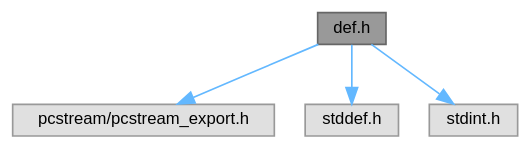
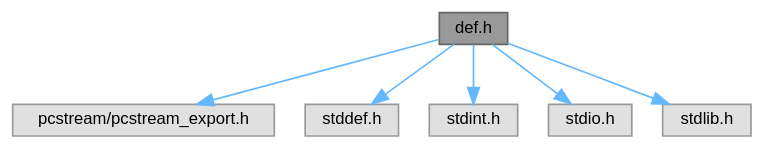
One commit to QuangNguyenLong/pcstream changed the diagram in def_8h__incl.dot. Above: the diagram before and after it, drawn with Graphviz. The commit also changed 40 other files, not shown here.

```diff
--- a/def_8h__incl.dot
+++ b/def_8h__incl.dot
@@ -1,14 +1,18 @@
 digraph "def.h"
 {
  // LATEX_PDF_SIZE
   bgcolor="transparent";
   edge [fontname=Helvetica,fontsize=10,labelfontname=Helvetica,labelfontsize=10];
   node [fontname=Helvetica,fontsize=10,shape=box,height=0.2,width=0.4];
   Node1 [id="Node000001",label="def.h",height=0.2,width=0.4,color="gray40", fillcolor="grey60", style="filled", fontcolor="black",tooltip=" "];
   Node1 -> Node2 [id="edge1_Node000001_Node000002",color="steelblue1",style="solid",tooltip=" "];
   Node2 [id="Node000002",label="pcstream/pcstream_export.h",height=0.2,width=0.4,color="grey60", fillcolor="#E0E0E0", style="filled",tooltip=" "];
   Node1 -> Node3 [id="edge2_Node000001_Node000003",color="steelblue1",style="solid",tooltip=" "];
   Node3 [id="Node000003",label="stddef.h",height=0.2,width=0.4,color="grey60", fillcolor="#E0E0E0", style="filled",tooltip=" "];
   Node1 -> Node4 [id="edge3_Node000001_Node000004",color="steelblue1",style="solid",tooltip=" "];
   Node4 [id="Node000004",label="stdint.h",height=0.2,width=0.4,color="grey60", fillcolor="#E0E0E0", style="filled",tooltip=" "];
+  Node1 -> Node5 [id="edge4_Node000001_Node000005",color="steelblue1",style="solid",tooltip=" "];
+  Node5 [id="Node000005",label="stdio.h",height=0.2,width=0.4,color="grey60", fillcolor="#E0E0E0", style="filled",tooltip=" "];
+  Node1 -> Node6 [id="edge5_Node000001_Node000006",color="steelblue1",style="solid",tooltip=" "];
+  Node6 [id="Node000006",label="stdlib.h",height=0.2,width=0.4,color="grey60", fillcolor="#E0E0E0", style="filled",tooltip=" "];
 }
```
